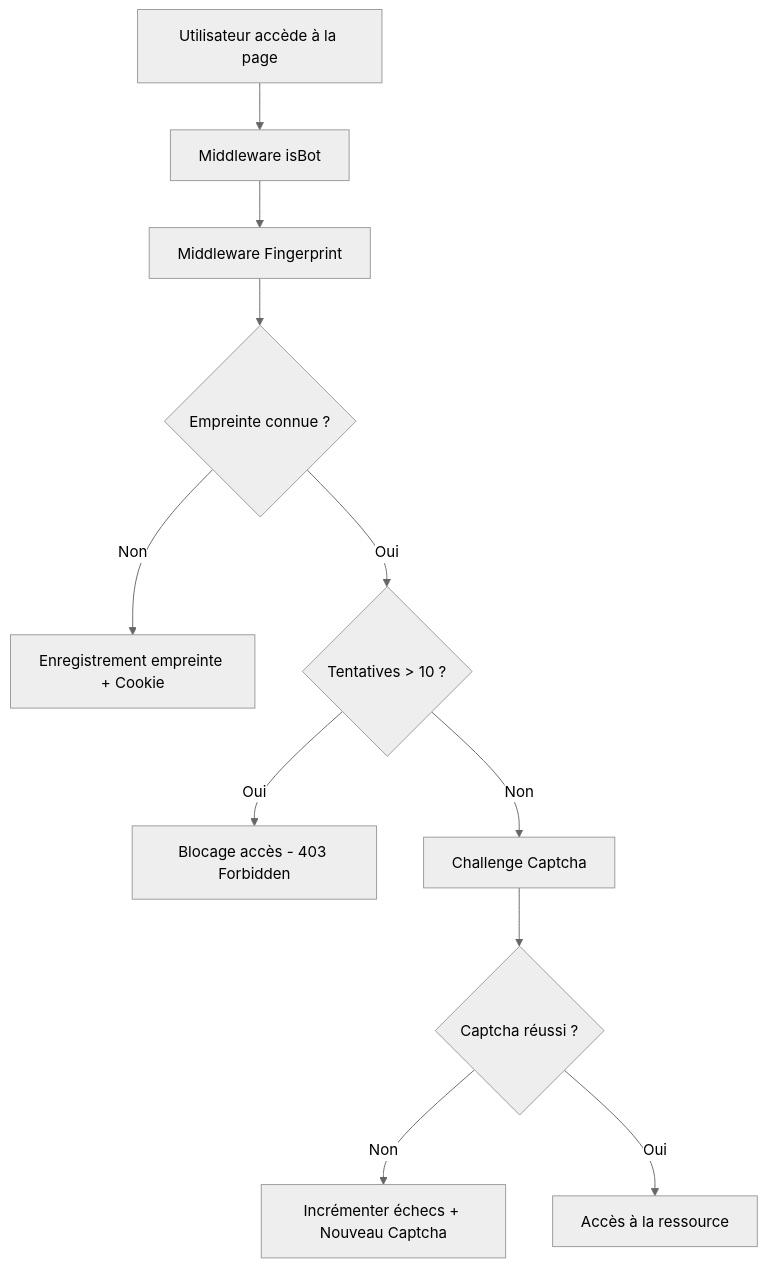
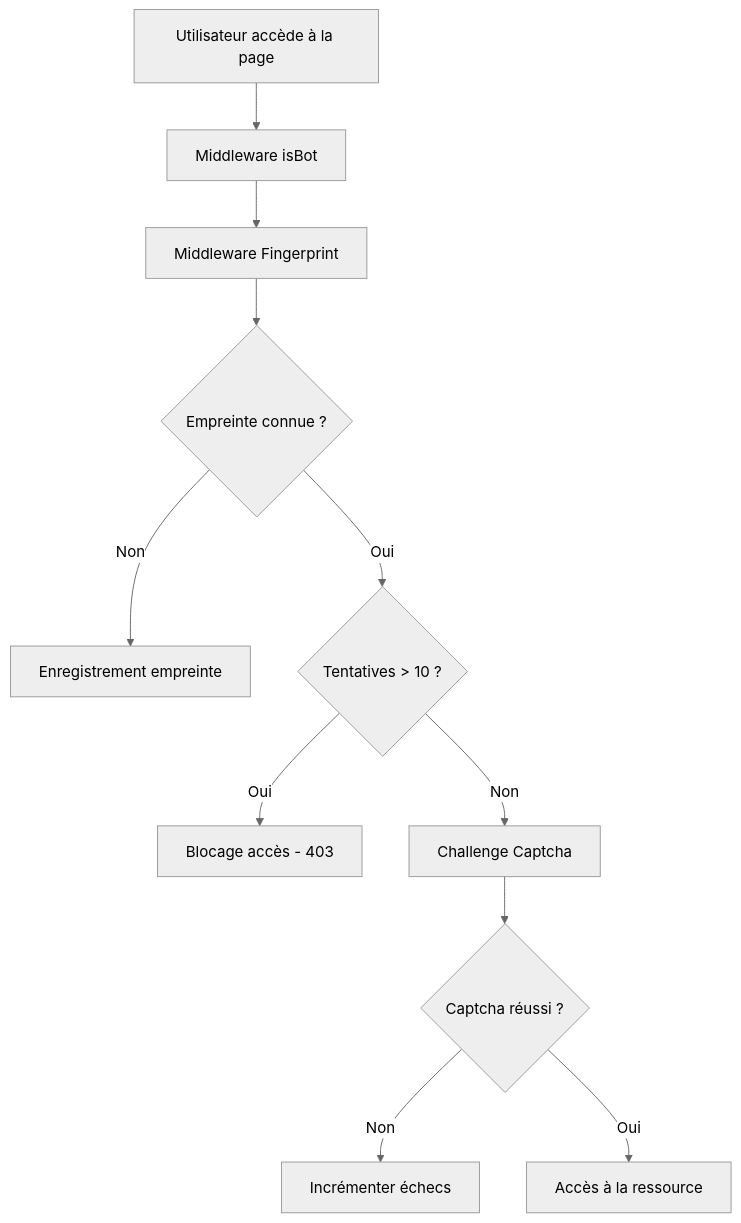
One commit to ndi-tty/frontend-2024 changed the diagram in frontend/CAPTCHA.md. Above: the diagram before and after it, drawn with Mermaid (neutral theme). The commit also changed 3 other files, not shown here.

````diff
--- a/frontend/CAPTCHA.md
+++ b/frontend/CAPTCHA.md
@@ -48,13 +48,13 @@
 ```mermaid
 graph TD
     A[Utilisateur accède à la page] --> B[Middleware isBot]
     B --> C[Middleware Fingerprint]
     C --> D{Empreinte connue ?}
-    D -- Non --> E[Enregistrement empreinte + Cookie]
+    D -- Non --> E[Enregistrement empreinte]
     D -- Oui --> F{Tentatives > 10 ?}
-    F -- Oui --> G[Blocage accès - 403 Forbidden]
+    F -- Oui --> G[Blocage accès - 403]
     F -- Non --> H[Challenge Captcha]
     H --> I{Captcha réussi ?}
-    I -- Non --> J[Incrémenter échecs + Nouveau Captcha]
+    I -- Non --> J[Incrémenter échecs]
     I -- Oui --> K[Accès à la ressource]
 ```
````
